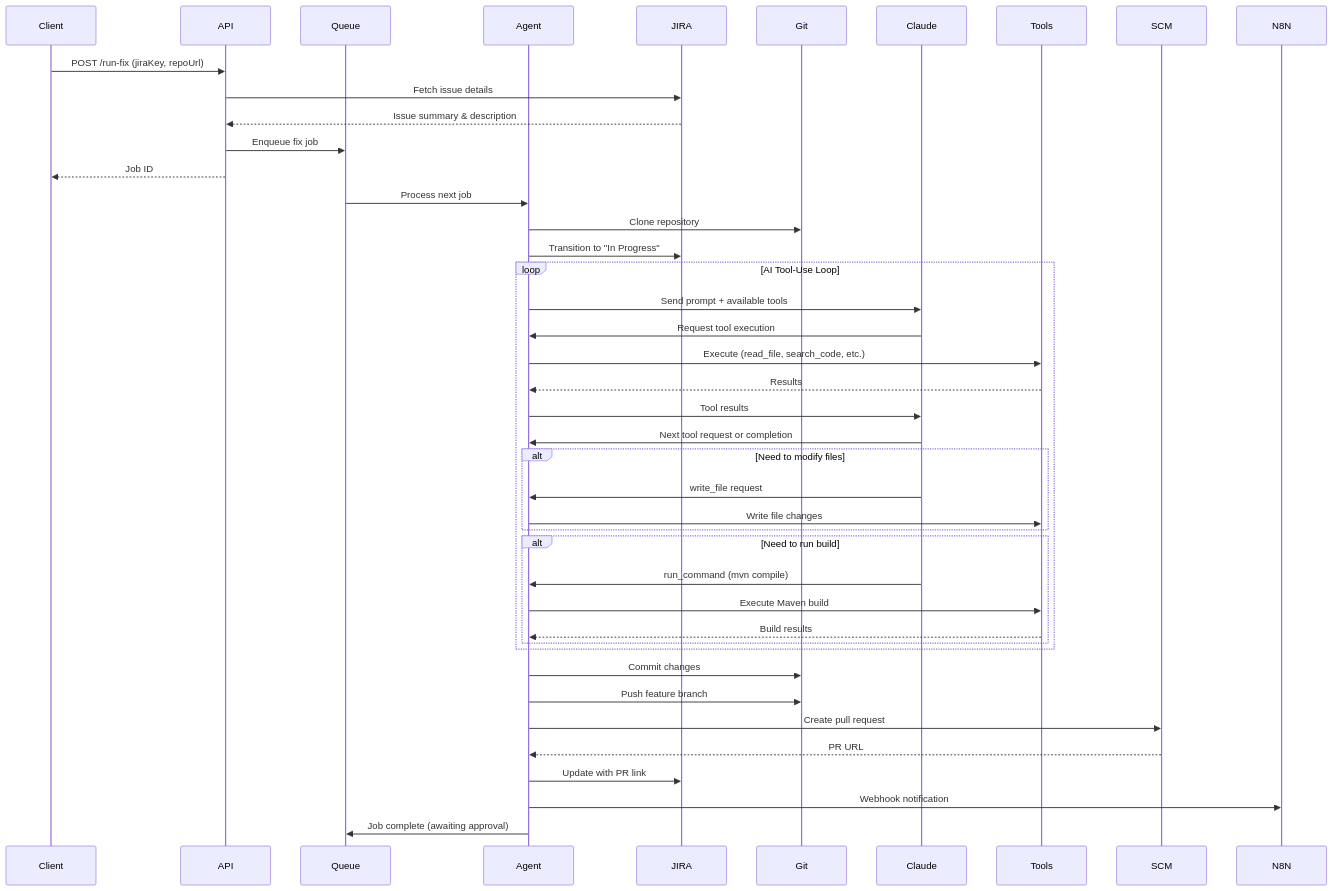
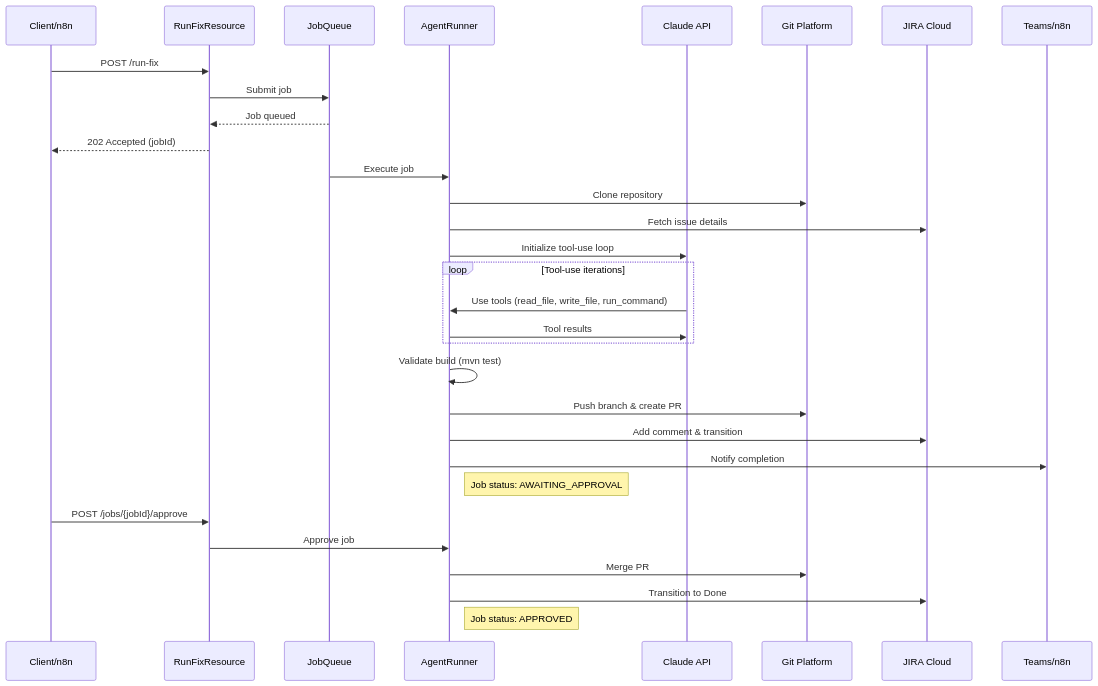
The first of 12 diagrams in docs/flows.md (Ai-Whisperers/code-agent), drawn with Mermaid before and after one commit. The commit also changed other lines of this file and 6 other files, not shown here.

````diff
--- a/docs/flows.md
+++ b/docs/flows.md
@@ -9,51 +13,40 @@
 ```mermaid
 sequenceDiagram
-    participant Client
-    participant API
-    participant Queue
-    participant Agent
-    participant JIRA
-    participant Git
-    participant Claude
-    participant Tools
-    participant SCM
-    participant N8N
+    participant Client as Client/n8n
+    participant API as RunFixResource
+    participant Queue as JobQueue
+    participant Runner as AgentRunner
+    participant Claude as Claude API
+    participant Git as Git Platform
+    participant JIRA as JIRA Cloud
+    participant Teams as Teams/n8n
 
-    Client->>API: POST /run-fix (jiraKey, repoUrl)
-    API->>JIRA: Fetch issue details
-    JIRA-->>API: Issue summary & description
-    API->>Queue: Enqueue fix job
-    API-->>Client: Job ID
-
-    Queue->>Agent: Process next job
-    Agent->>Git: Clone repository
-    Agent->>JIRA: Transition to "In Progress"
+    Client->>API: POST /run-fix
+    API->>Queue: Submit job
+    Queue-->>API: Job queued
+    API-->>Client: 202 Accepted (jobId)
     
-    loop AI Tool-Use Loop
-        Agent->>Claude: Send prompt + available tools
-        Claude->>Agent: Request tool execution
-        Agent->>Tools: Execute (read_file, search_code, etc.)
-        Tools-->>Agent: Results
-        Agent->>Claude: Tool results
-        Claude->>Agent: Next tool request or completion
-        
-        alt Need to modify files
-            Claude->>Agent: write_file request
-            Agent->>Tools: Write file changes
-        end
-        
-        alt Need to run build
-            Claude->>Agent: run_command (mvn compile)
-            Agent->>Tools: Execute Maven build
-            Tools-->>Agent: Build results
-        end
+    Queue->>Runner: Execute job
+    Runner->>Git: Clone repository
+    Runner->>JIRA: Fetch issue details
+    Runner->>Claude: Initialize tool-use loop
+    
+    loop Tool-use iterations
+        Claude->>Runner: Use tools (read_file, write_file, run_command)
+        Runner->>Claude: Tool results
     end
     
-    Agent->>Git: Commit changes
-    Agent->>Git: Push feature branch
-    Agent->>SCM: Create pull request
-    SCM-->>Agent: PR URL
-    Agent->>JIRA: Update with PR link
-    Agent->>N8N: Webhook notification
-    Agent->>Queue: Job complete (awaiting approval)
+    Runner->>Runner: Validate build (mvn test)
+    Runner->>Git: Push branch & create PR
+    Runner->>JIRA: Add comment & transition
+    Runner->>Teams: Notify completion
+    
+    Note right of Runner: Job status: AWAITING_APPROVAL
+    
+    Client->>API: POST /jobs/{jobId}/approve
+    API->>Runner: Approve job
+    Runner->>Git: Merge PR
+    Runner->>JIRA: Transition to Done
+    
+    Note right of Runner: Job status: APPROVED
 ```
````
